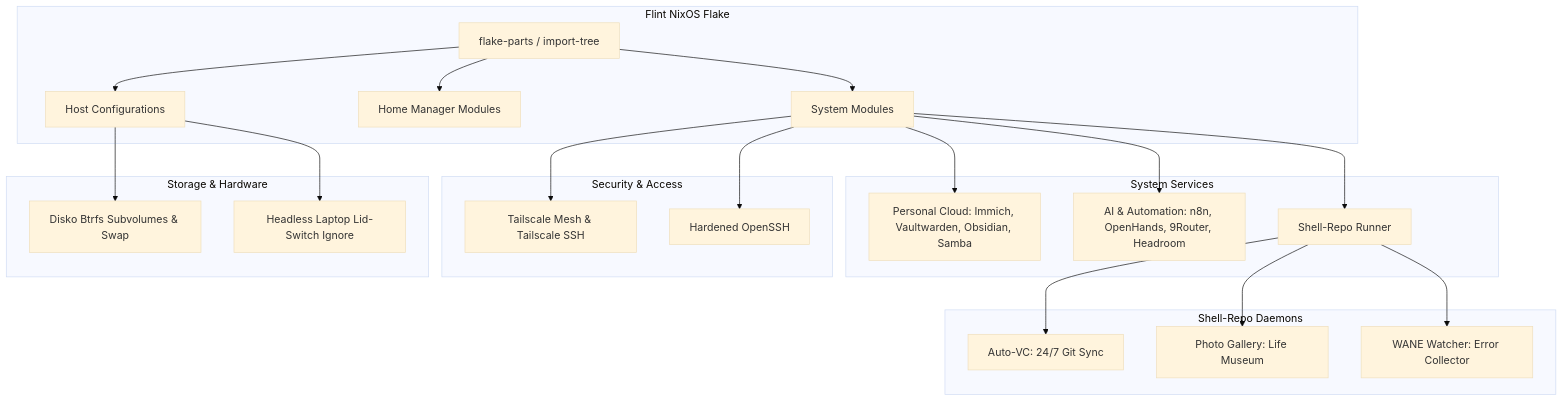
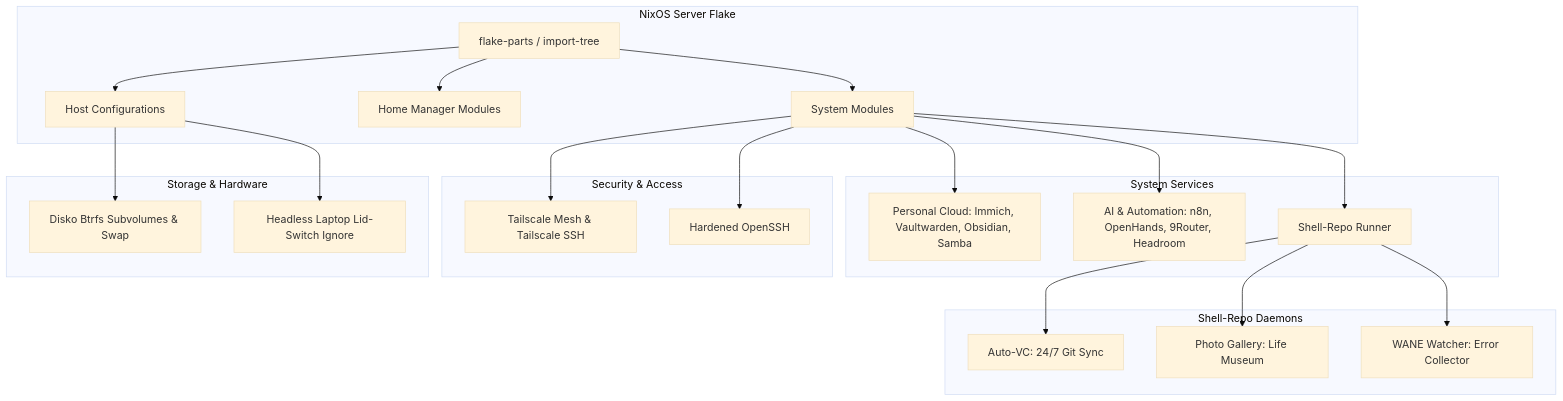
The diagram in README.md (davindakhrisna/server-nix), drawn with Mermaid (base theme) before and after one commit. The commit also changed other lines of this file and 16 other files, not shown here.

````diff
--- a/README.md
+++ b/README.md
@@ -14,30 +14,30 @@
 ```mermaid
 graph TD
-    subgraph Flint NixOS Flake
+    subgraph NixOS Server Flake
         FP[flake-parts / import-tree] --> NM[System Modules]
         FP --> HM[Home Manager Modules]
         FP --> Hosts[Host Configurations]
     end
 
     subgraph System Services
         NM --> Cloud[Personal Cloud: Immich, Vaultwarden, Obsidian, Samba]
         NM --> AI[AI & Automation: n8n, OpenHands, 9Router, Headroom]
         NM --> SR[Shell-Repo Runner]
     end
 
     subgraph Shell-Repo Daemons
         SR --> AVC[Auto-VC: 24/7 Git Sync]
         SR --> PG[Photo Gallery: Life Museum]
         SR --> WANE[WANE Watcher: Error Collector]
     end
 
     subgraph Security & Access
         NM --> TS[Tailscale Mesh & Tailscale SSH]
         NM --> SSH[Hardened OpenSSH]
     end
 
     subgraph Storage & Hardware
         Hosts --> Disko[Disko Btrfs Subvolumes & Swap]
         Hosts --> Laptop[Headless Laptop Lid-Switch Ignore]
     end
 ```
````
